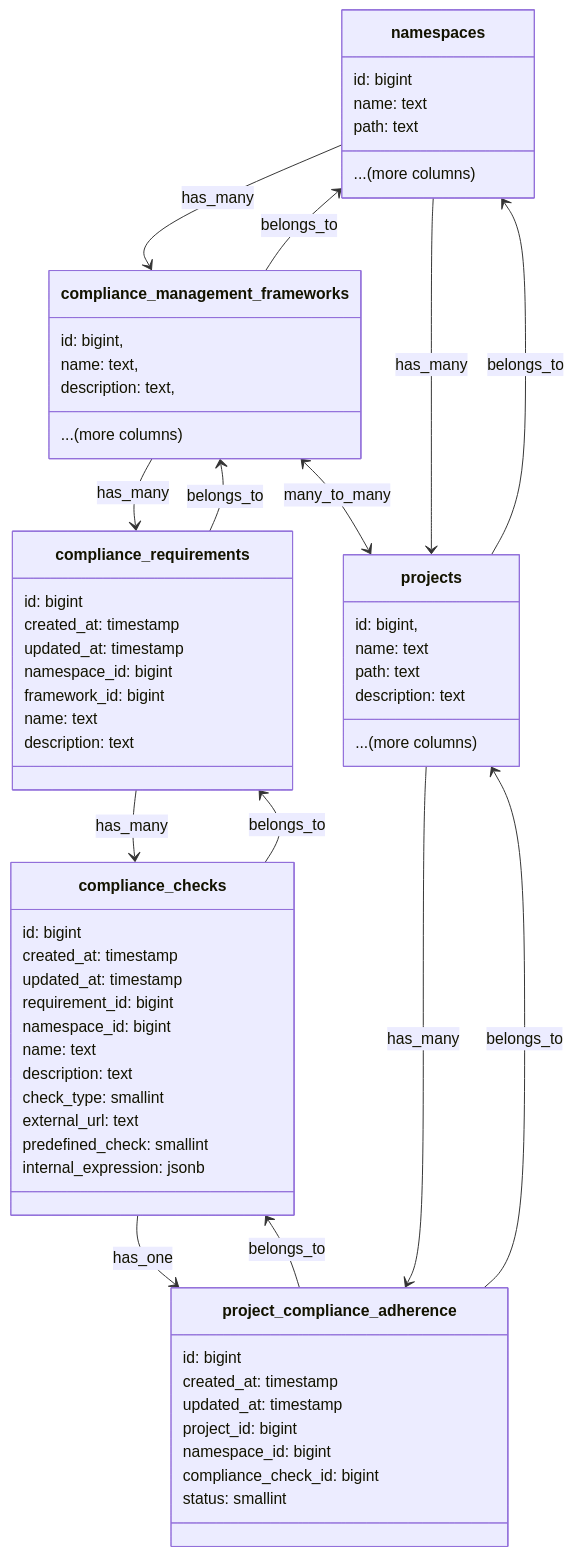
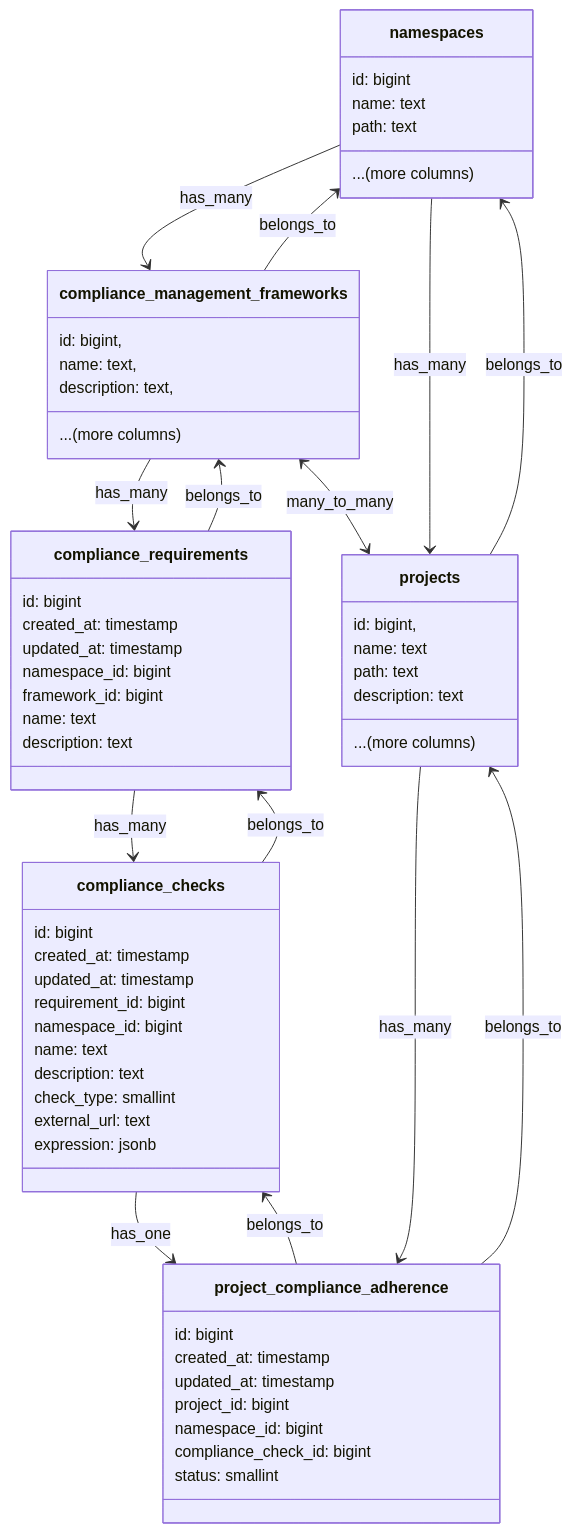
One commit to moliver28/research-handbook changed the diagram in content/handbook/engineering/architecture/design-documents/compliance-frameworks/decisions/003_custom_checks.md. Above: the diagram before and after it, drawn with Mermaid. The commit also changed other lines of this file, not shown here.

Commit message:
Remove predefined checks and rename internal checks as custom checks

````diff
--- a/content/handbook/engineering/architecture/design-documents/compliance-frameworks/decisions/003_custom_checks.md
+++ b/content/handbook/engineering/architecture/design-documents/compliance-frameworks/decisions/003_custom_checks.md
@@ -185,70 +209,69 @@
 ```mermaid
     classDiagram
 class namespaces {
     id: bigint
     name: text
     path: text
     ...(more columns)
 }
 class projects {
     id: bigint,
     name: text
     path: text
     description: text
     ...(more columns)
 }
 class compliance_management_frameworks {
     id: bigint,
     name: text,
     description: text,
     ...(more columns)
 }
 
 class compliance_requirements {
     id: bigint
     created_at: timestamp
     updated_at: timestamp
     namespace_id: bigint
     framework_id: bigint
     name: text
     description: text
 }
 
 class compliance_checks {
     id: bigint
     created_at: timestamp
     updated_at: timestamp
     requirement_id: bigint
     namespace_id: bigint
     name: text
     description: text
     check_type: smallint
     external_url: text
-    predefined_check: smallint
-    internal_expression: jsonb
+    expression: jsonb
 }
 
 class project_compliance_adherence {
     id: bigint
     created_at: timestamp
     updated_at: timestamp
     project_id: bigint
     namespace_id: bigint
     compliance_check_id: bigint
     status: smallint
 }
 
 compliance_requirements --> compliance_checks : has_many
 compliance_requirements <-- compliance_checks : belongs_to
 compliance_management_frameworks --> compliance_requirements : has_many
 compliance_management_frameworks <-- compliance_requirements : belongs_to
 compliance_management_frameworks <--> projects : many_to_many
 projects <-- namespaces : has_many
 projects --> namespaces : belongs_to
 namespaces --> compliance_management_frameworks : has_many
 namespaces <-- compliance_management_frameworks : belongs_to
 projects --> project_compliance_adherence : has_many
 projects <-- project_compliance_adherence : belongs_to
 compliance_checks --> project_compliance_adherence : has_one
 compliance_checks <-- project_compliance_adherence : belongs_to
 ```
````
